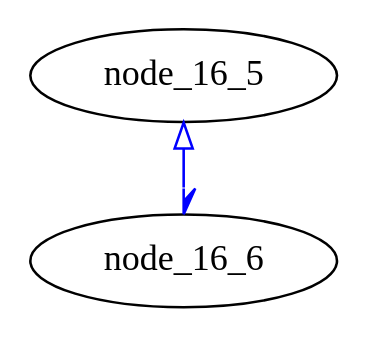
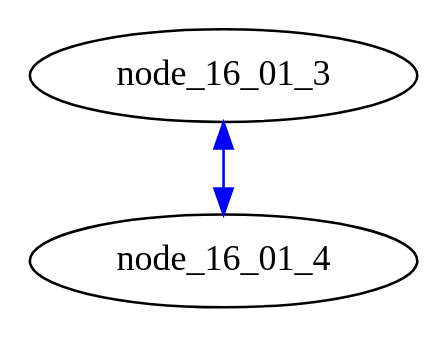
One commit to graphviz-perl/GraphViz2-Marpa changed the diagram in data/16.01.gv. Above: the diagram before and after it, drawn with Graphviz. The commit also changed 17 other files, not shown here.

```diff
--- a/data/16.01.gv
+++ b/data/16.01.gv
@@ -1,13 +1,11 @@
-strict digraph graph_16
+strict digraph graph_16_01_1
 {
-	subgraph subgraph_16_1
+	subgraph subgraph_16_01_2
 	{
-		node_16_5 -> node_16_6
+		node_16_01_3 -> node_16_01_4
 		[
-			arrowhead = "halfopen",
-			arrowtail = "empty"
-			color     = blue
-			dir       = "both",
+			color = blue
+			dir   = "both",
 		]
 	}
 }
```
